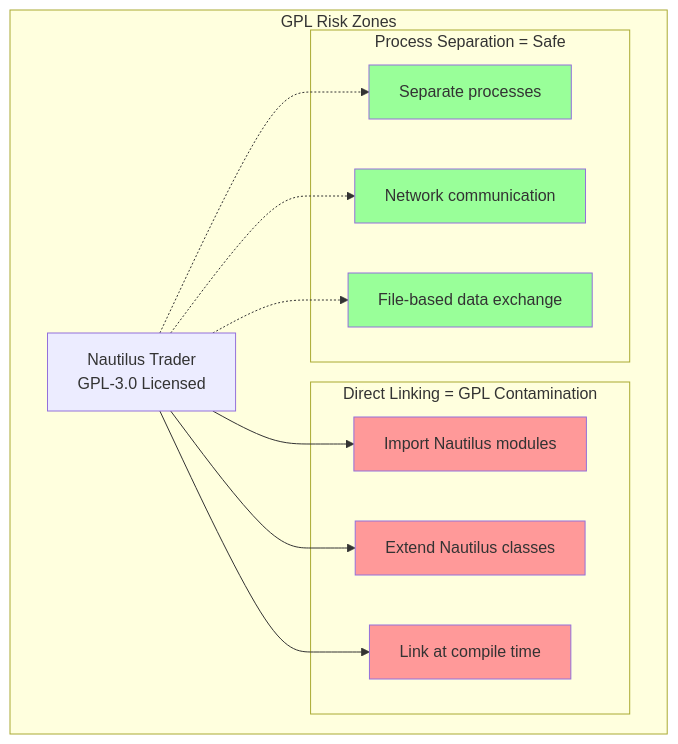
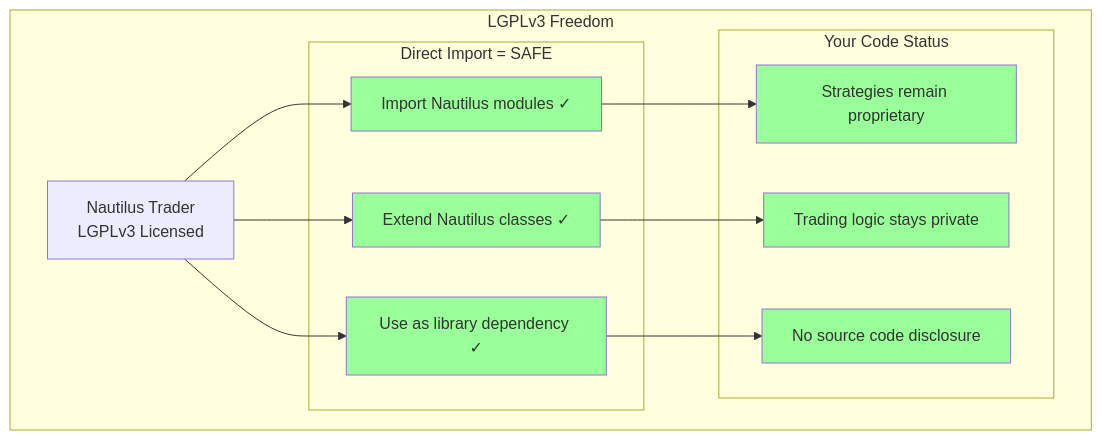
Before and after one commit to plataplomo/hummingbot: the first of 13 diagrams in workflow/cyberdelta_vs_nautilus/hybrid_approach_nautilus_backtesting.md, drawn with Mermaid. The commit also changed other lines of this file and 326 other files, not shown here.

First line of the commit message:
Refactor event bus architecture and enhance event handling (#100)

````diff
--- a/workflow/cyberdelta_vs_nautilus/hybrid_approach_nautilus_backtesting.md
+++ b/workflow/cyberdelta_vs_nautilus/hybrid_approach_nautilus_backtesting.md
@@ -30,32 +30,32 @@
 ```mermaid
 graph TB
-    subgraph "GPL Risk Zones"
-        NT[Nautilus Trader<br/>GPL-3.0 Licensed]
+    subgraph "LGPLv3 Freedom"
+        NT[Nautilus Trader<br/>LGPLv3 Licensed]
 
-        subgraph "Direct Linking = GPL Contamination"
-            DL1[Import Nautilus modules]
-            DL2[Extend Nautilus classes]
-            DL3[Link at compile time]
+        subgraph "Direct Import = SAFE"
+            DL1[Import Nautilus modules ✓]
+            DL2[Extend Nautilus classes ✓]
+            DL3[Use as library dependency ✓]
         end
 
-        subgraph "Process Separation = Safe"
-            PS1[Separate processes]
-            PS2[Network communication]
-            PS3[File-based data exchange]
+        subgraph "Your Code Status"
+            PS1[Strategies remain proprietary]
+            PS2[Trading logic stays private]
+            PS3[No source code disclosure]
         end
 
         NT --> DL1
         NT --> DL2
         NT --> DL3
-        NT -.-> PS1
-        NT -.-> PS2
-        NT -.-> PS3
+        DL1 --> PS1
+        DL2 --> PS2
+        DL3 --> PS3
     end
 
-    style DL1 fill:#ff9999
-    style DL2 fill:#ff9999
-    style DL3 fill:#ff9999
+    style DL1 fill:#99ff99
+    style DL2 fill:#99ff99
+    style DL3 fill:#99ff99
     style PS1 fill:#99ff99
     style PS2 fill:#99ff99
     style PS3 fill:#99ff99
 ```
````
